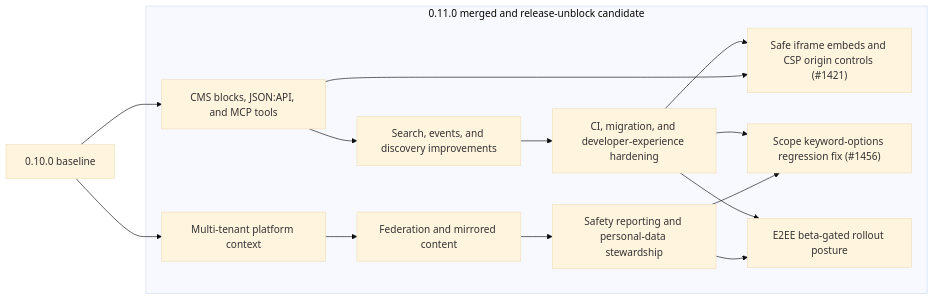
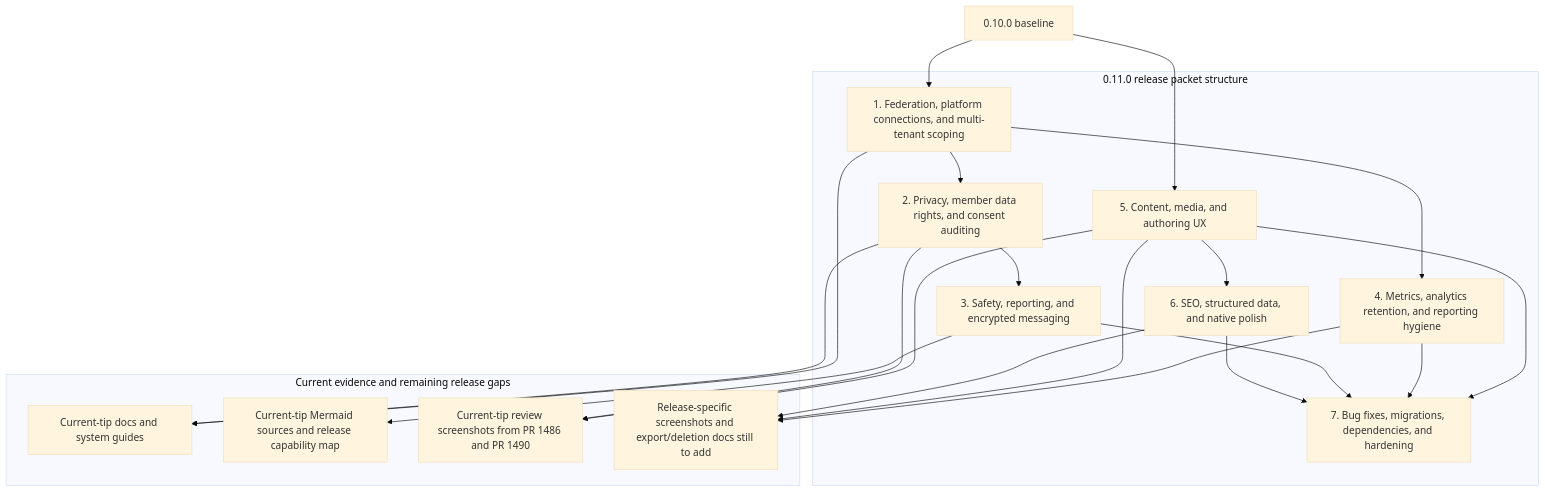
Before and after one commit to better-together-org/community-engine-rails: the diagram in docs/diagrams/source/release_0_11_0_capability_map.mmd, drawn with Mermaid (base theme). The commit also changed 27 other files, not shown here.

Commit message:
docs(release): prepare 0.11.0 release packet

```diff
--- a/docs/diagrams/source/release_0_11_0_capability_map.mmd
+++ b/docs/diagrams/source/release_0_11_0_capability_map.mmd
@@ -1,28 +1,40 @@
-flowchart LR
+flowchart TD
 
   V010["0.10.0 baseline"]
 
-  subgraph MAIN["0.11.0 merged and release-unblock candidate"]
-    MT["Multi-tenant platform context"]
-    FED["Federation and mirrored content"]
-    BLOCKS["CMS blocks, JSON:API, and MCP tools"]
-    SAFE["Safety reporting and personal-data stewardship"]
-    DISC["Search, events, and discovery improvements"]
-    DEV["CI, migration, and developer-experience hardening"]
-    EMBEDS["Safe iframe embeds and CSP origin controls (#1421)"]
-    SCOPE["Scope keyword-options regression fix (#1456)"]
-    E2EE["E2EE beta-gated rollout posture"]
+  subgraph RELEASE["0.11.0 release packet structure"]
+    FED["1. Federation, platform connections, and multi-tenant scoping"]
+    PRIV["2. Privacy, member data rights, and consent auditing"]
+    SAFE["3. Safety, reporting, and encrypted messaging"]
+    METRICS["4. Metrics, analytics retention, and reporting hygiene"]
+    CONTENT["5. Content, media, and authoring UX"]
+    SEO["6. SEO, structured data, and native polish"]
+    HARDEN["7. Bug fixes, migrations, dependencies, and hardening"]
   end
 
-  V010 --> MT
-  V010 --> BLOCKS
-  MT --> FED
-  FED --> SAFE
-  BLOCKS --> EMBEDS
-  BLOCKS --> DISC
-  DISC --> DEV
-  SAFE --> SCOPE
-  SAFE --> E2EE
-  DEV --> EMBEDS
-  DEV --> SCOPE
-  DEV --> E2EE
+  subgraph EVIDENCE["Current evidence and remaining release gaps"]
+    DOCS["Current-tip docs and system guides"]
+    DIAGRAMS["Current-tip Mermaid sources and release capability map"]
+    REVIEW["Current-tip review screenshots from PR 1486 and PR 1490"]
+    GAPS["Release-specific screenshots and export/deletion docs still to add"]
+  end
+
+  V010 --> FED
+  V010 --> CONTENT
+  FED --> PRIV
+  FED --> METRICS
+  PRIV --> SAFE
+  CONTENT --> SEO
+  CONTENT --> HARDEN
+  METRICS --> HARDEN
+  SAFE --> HARDEN
+  SEO --> HARDEN
+
+  FED --> DOCS
+  PRIV --> DOCS
+  SAFE --> DIAGRAMS
+  CONTENT --> REVIEW
+  PRIV --> REVIEW
+  METRICS --> GAPS
+  CONTENT --> GAPS
+  SEO --> GAPS
```
